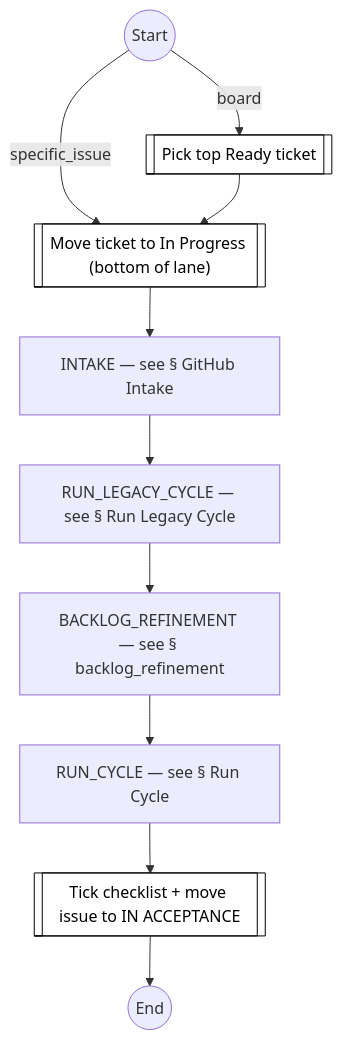
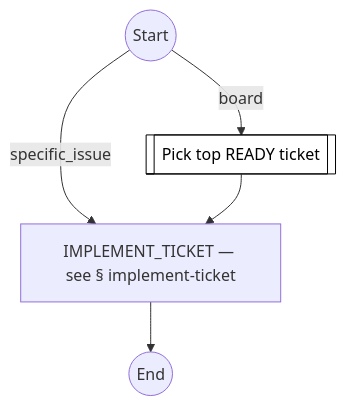
The second of 51 diagrams in docs/process-diagram.md (optivem/gh-optivem), drawn with Mermaid before and after one commit. The commit also changed other lines of this file and 13 other files, not shown here.

First line of the commit message:
plans/bpmn-refactor: Item 3 (Phase C.3) — full YAML migration to TOP/CYCLE/HIGH/MID/LOW

````diff
--- a/docs/process-diagram.md
+++ b/docs/process-diagram.md
@@ -42,25 +42,15 @@
 ```mermaid
 flowchart TD
-    BACKLOG_REFINEMENT[BACKLOG_REFINEMENT — see § backlog_refinement]
     END((End))
-    INTAKE[INTAKE — see § GitHub Intake]
-    MOVE_TICKET_IN_ACCEPTANCE[[Tick checklist + move issue to IN ACCEPTANCE]]
-    MOVE_TICKET_IN_PROGRESS[["Move ticket to In Progress (bottom of lane)"]]
-    PICK_TOP_READY[[Pick top Ready ticket]]
-    RUN_CYCLE[RUN_CYCLE — see § Run Cycle]
-    RUN_LEGACY_CYCLE[RUN_LEGACY_CYCLE — see § Run Legacy Cycle]
+    IMPLEMENT_TICKET[IMPLEMENT_TICKET — see § implement-ticket]
+    PICK_TOP_READY[[Pick top READY ticket]]
     START((Start))
 
     START -- board --> PICK_TOP_READY
-    START -- specific_issue --> MOVE_TICKET_IN_PROGRESS
-    PICK_TOP_READY --> MOVE_TICKET_IN_PROGRESS
-    MOVE_TICKET_IN_PROGRESS --> INTAKE
-    INTAKE --> RUN_LEGACY_CYCLE
-    RUN_LEGACY_CYCLE --> BACKLOG_REFINEMENT
-    BACKLOG_REFINEMENT --> RUN_CYCLE
-    RUN_CYCLE --> MOVE_TICKET_IN_ACCEPTANCE
-    MOVE_TICKET_IN_ACCEPTANCE --> END
+    START -- specific_issue --> IMPLEMENT_TICKET
+    PICK_TOP_READY --> IMPLEMENT_TICKET
+    IMPLEMENT_TICKET --> END
 
     classDef serviceNode fill:#ffffff,stroke:#000000,stroke-width:1px,color:#000000
-    class MOVE_TICKET_IN_ACCEPTANCE,MOVE_TICKET_IN_PROGRESS,PICK_TOP_READY serviceNode
+    class PICK_TOP_READY serviceNode
 ```
````
